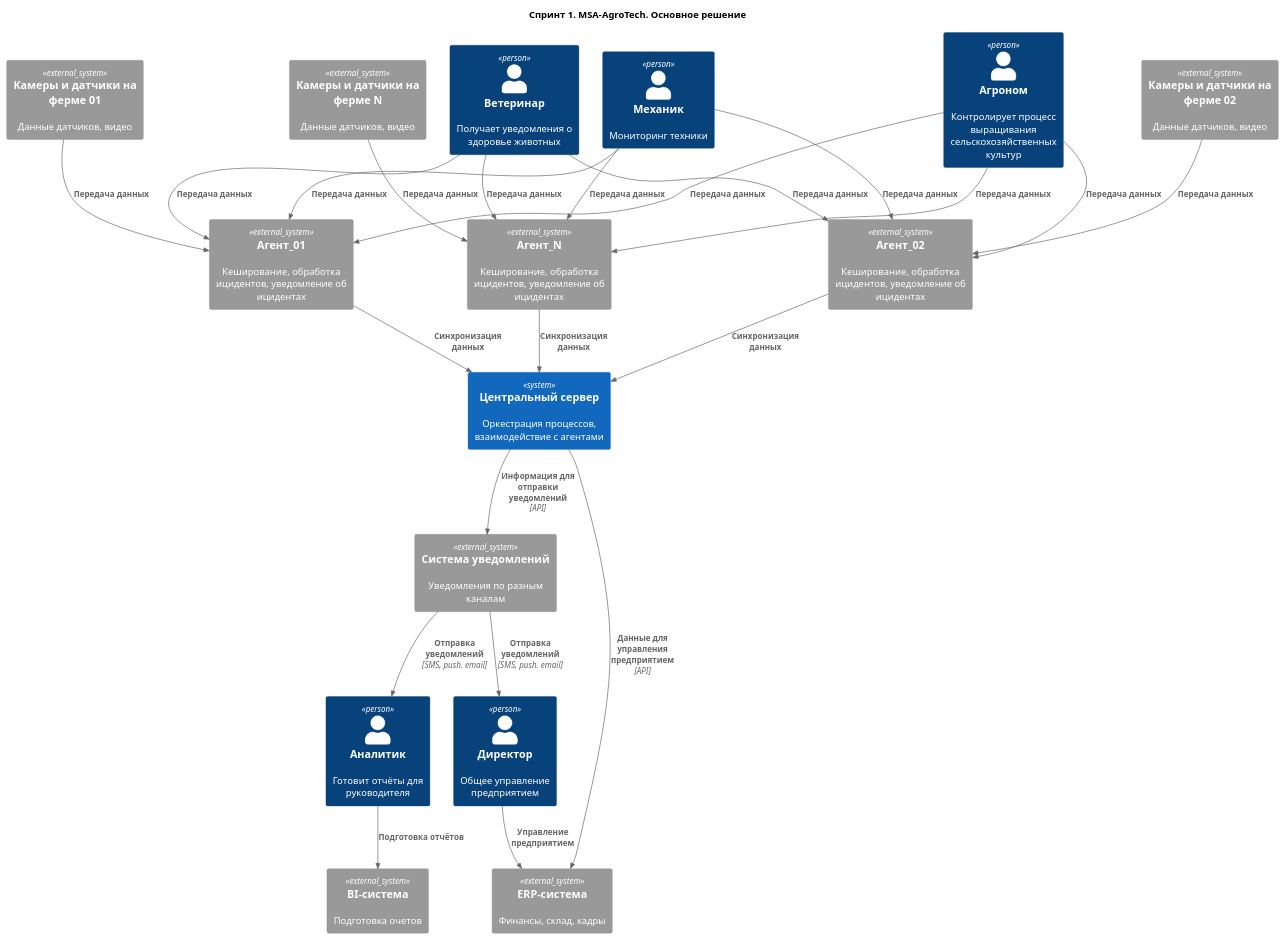
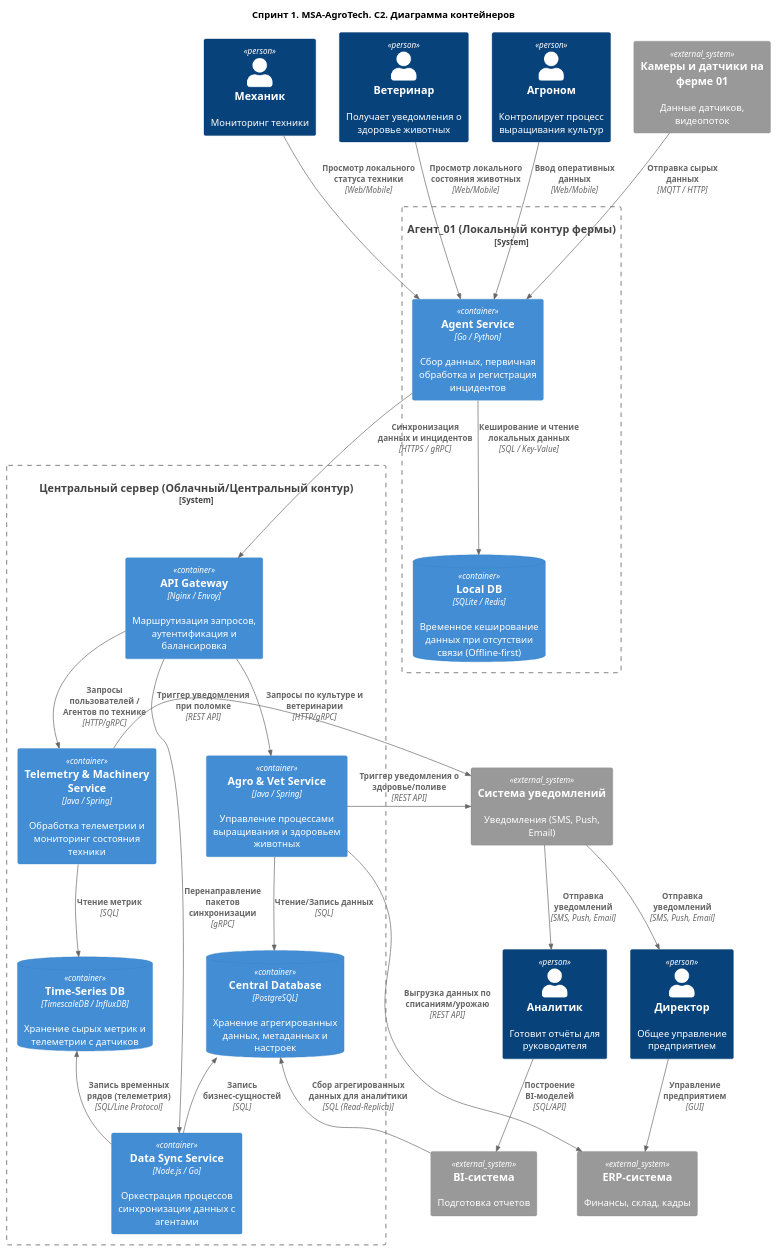
One commit to EtGr84/MSA-AgroTech changed the diagram in Task2/task2_c1main.puml. Above: the diagram before and after it, drawn with PlantUML.

```diff
--- a/Task2/task2_c1main.puml
+++ b/Task2/task2_c1main.puml
@@ -1,53 +1,63 @@
-@startuml 
+@startuml
+!include <C4/C4_Container>
 
-!include <C4/C4_Context>
-
-title Спринт 1. MSA-AgroTech. Основное решение
+title Спринт 1. MSA-AgroTech. C2. Диаграмма контейнеров
 
 Person(mech, "Механик", "Мониторинг техники")
 Person(vet, "Ветеринар", "Получает уведомления о здоровье животных")
-Person(agro, "Агроном", "Контролирует процесс выращивания сельскохозяйственных культур")
+Person(agro, "Агроном", "Контролирует процесс выращивания культур")
 Person(analit, "Аналитик", "Готовит отчёты для руководителя")
 Person(director, "Директор", "Общее управление предприятием")
 
-System_Ext(farmAgent_1, "Агент_01", "Кеширование, обработка ицидентов, уведомление об ицидентах")
-System_Ext(farmAgent_2, "Агент_02", "Кеширование, обработка ицидентов, уведомление об ицидентах")
-System_Ext(farmAgent_N, "Агент_N", "Кеширование, обработка ицидентов, уведомление об ицидентах")
-System_Ext(cameras_1, "Камеры и датчики на ферме 01", "Данные датчиков, видео")
-System_Ext(cameras_2, "Камеры и датчики на ферме 02", "Данные датчиков, видео")
-System_Ext(cameras_N, "Камеры и датчики на ферме N", "Данные датчиков, видео")
-System(central_server, "Центральный сервер", "Оркестрация процессов, взаимодействие с агентами")
-System_Ext(notify, "Система уведомлений", "Уведомления по разным каналам")
+System_Ext(cameras_1, "Камеры и датчики на ферме 01", "Данные датчиков, видеопоток")
+
+System_Boundary(agent_boundary, "Агент_01 (Локальный контур фермы)") {
+    Container(agent_app, "Agent Service", "Go / Python", "Сбор данных, первичная обработка и регистрация инцидентов")
+    ContainerDb(agent_db, "Local DB", "SQLite / Redis", "Временное кеширование данных при отсутствии связи (Offline-first)")
+}
+
+System_Boundary(central_server_boundary, "Центральный сервер (Облачный/Центральный контур)") {
+    Container(api_gateway, "API Gateway", "Nginx / Envoy", "Маршрутизация запросов, аутентификация и балансировка")
+    
+    Container(telemetry_service, "Telemetry & Machinery Service", "Java / Spring", "Обработка телеметрии и мониторинг состояния техники")
+    Container(agro_service, "Agro & Vet Service", "Java / Spring", "Управление процессами выращивания и здоровьем животных")
+    Container(sync_service, "Data Sync Service", "Node.js / Go", "Оркестрация процессов синхронизации данных с агентами")
+    
+    ContainerDb(central_db, "Central Database", "PostgreSQL", "Хранение агрегированных данных, метаданных и настроек")
+    ContainerDb(tsdb, "Time-Series DB", "TimescaleDB / InfluxDB", "Хранение сырых метрик и телеметрии с датчиков")
+}
+
+System_Ext(notify, "Система уведомлений", "Уведомления (SMS, Push, Email)")
 System_Ext(erp, "ERP-система", "Финансы, склад, кадры")
-System_Ext(bi, "BI-система", "Подготовка очетов")
+System_Ext(bi, "BI-система", "Подготовка отчетов")
 
 
-Rel(cameras_1, farmAgent_1, "Передача данных")
-Rel(cameras_2, farmAgent_2, "Передача данных")
-Rel(cameras_N, farmAgent_N, "Передача данных")
+Rel(cameras_1, agent_app, "Отправка сырых данных", "MQTT / HTTP")
+Rel_D(agent_app, agent_db, "Кеширование и чтение локальных данных", "SQL / Key-Value")
 
-Rel(mech, farmAgent_1, "Передача данных")
-Rel(mech, farmAgent_2, "Передача данных")
-Rel(mech, farmAgent_N, "Передача данных")
+Rel(mech, agent_app, "Просмотр локального статуса техники", "Web/Mobile")
+Rel(vet, agent_app, "Просмотр локального состояния животных", "Web/Mobile")
+Rel(agro, agent_app, "Ввод оперативных данных", "Web/Mobile")
 
-Rel(vet, farmAgent_1, "Передача данных")
-Rel(vet, farmAgent_2, "Передача данных")
-Rel(vet, farmAgent_N, "Передача данных")
+Rel_D(agent_app, api_gateway, "Синхронизация данных и инцидентов", "HTTPS / gRPC")
 
-Rel(agro, farmAgent_1, "Передача данных")
-Rel(agro, farmAgent_2, "Передача данных")
-Rel(agro, farmAgent_N, "Передача данных")
+Rel_D(api_gateway, sync_service, "Перенаправление пакетов синхронизации", "gRPC")
+Rel_D(api_gateway, telemetry_service, "Запросы пользователей / Агентов по технике", "HTTP/gRPC")
+Rel_D(api_gateway, agro_service, "Запросы по культуре и ветеринарии", "HTTP/gRPC")
 
-Rel(farmAgent_1, central_server, "Синхронизация данных")
-Rel(farmAgent_2, central_server, "Синхронизация данных")
-Rel(farmAgent_N, central_server, "Синхронизация данных")
+Rel_U(sync_service, central_db, "Запись бизнес-сущностей", "SQL")
+Rel_U(sync_service, tsdb, "Запись временных рядов (телеметрия)", "SQL/Line Protocol")
+Rel_D(telemetry_service, tsdb, "Чтение метрик", "SQL")
+Rel_D(agro_service, central_db, "Чтение/Запись данных", "SQL")
 
-Rel(central_server, notify, "Информация для отправки уведомлений", "API")
-Rel(central_server, erp, "Данные для управления предприятием", "API")
+Rel_R(telemetry_service, notify, "Триггер уведомления при поломке", "REST API")
+Rel_R(agro_service, notify, "Триггер уведомления о здоровье/поливе", "REST API")
+Rel_D(agro_service, erp, "Выгрузка данных по списаниям/урожаю", "REST API")
 
-Rel(notify, director, "Отправка уведомлений", "SMS, push. email")
-Rel(notify, analit, "Отправка уведомлений", "SMS, push. email")
-Rel(director, erp, "Управление предприятием")
-Rel(analit, bi, "Подготовка отчётов")
+Rel(notify, director, "Отправка уведомлений", "SMS, Push, Email")
+Rel(notify, analit, "Отправка уведомлений", "SMS, Push, Email")
+Rel(director, erp, "Управление предприятием", "GUI")
+Rel(analit, bi, "Построение BI-моделей", "SQL/API")
+Rel_L(bi, central_db, "Сбор агрегированных данных для аналитики", "SQL (Read-Replica)")
 
 @enduml
```
